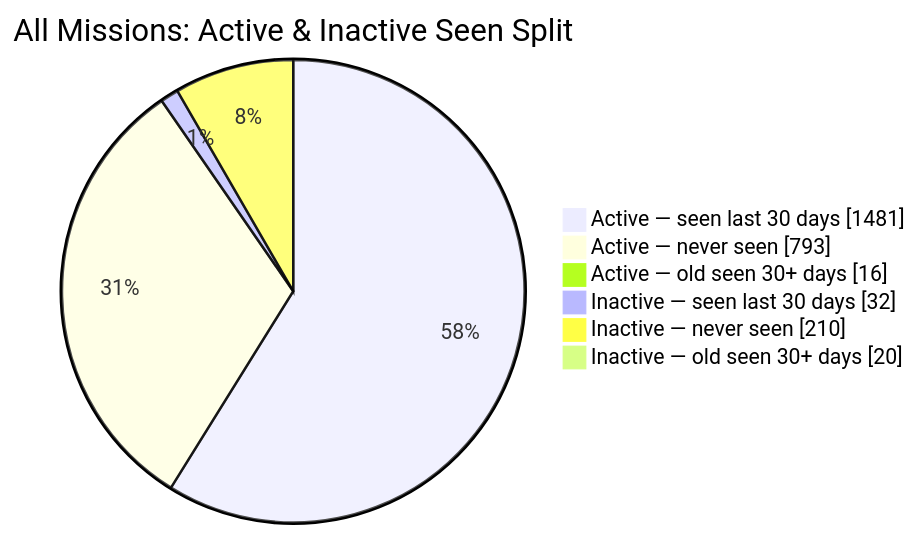
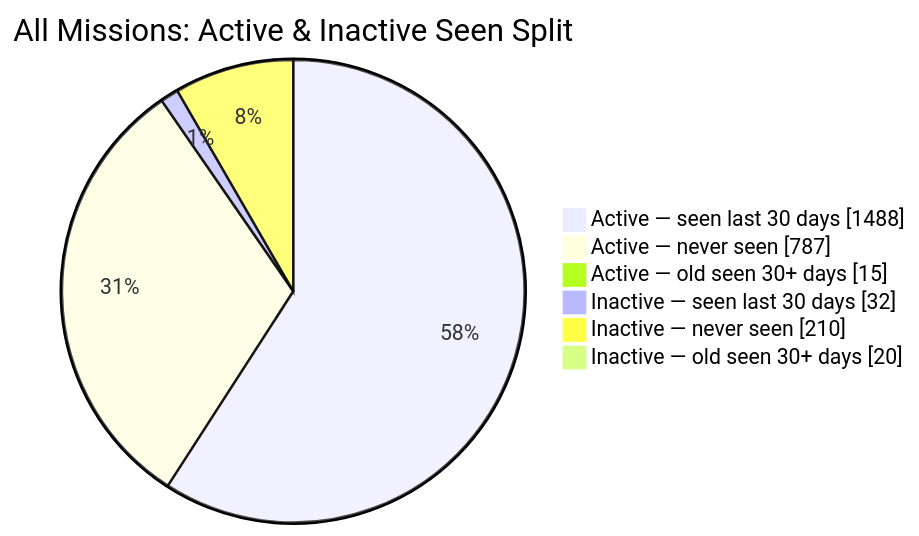
One commit to MeldkamerspelGameTeam/active-missions changed the second of 2 diagrams in README.md. Above: the diagram before and after it, drawn with Mermaid. The commit also changed other lines of this file and 4 other files, not shown here.

````diff
--- a/README.md
+++ b/README.md
@@ -44,10 +44,10 @@
 ```mermaid
 pie showData
     title All Missions: Active & Inactive Seen Split
-    "Active — seen last 30 days" : 1481
-    "Active — never seen" : 793
-    "Active — old seen 30+ days" : 16
+    "Active — seen last 30 days" : 1488
+    "Active — never seen" : 787
+    "Active — old seen 30+ days" : 15
     "Inactive — seen last 30 days" : 32
     "Inactive — never seen" : 210
     "Inactive — old seen 30+ days" : 20
 ```
````
